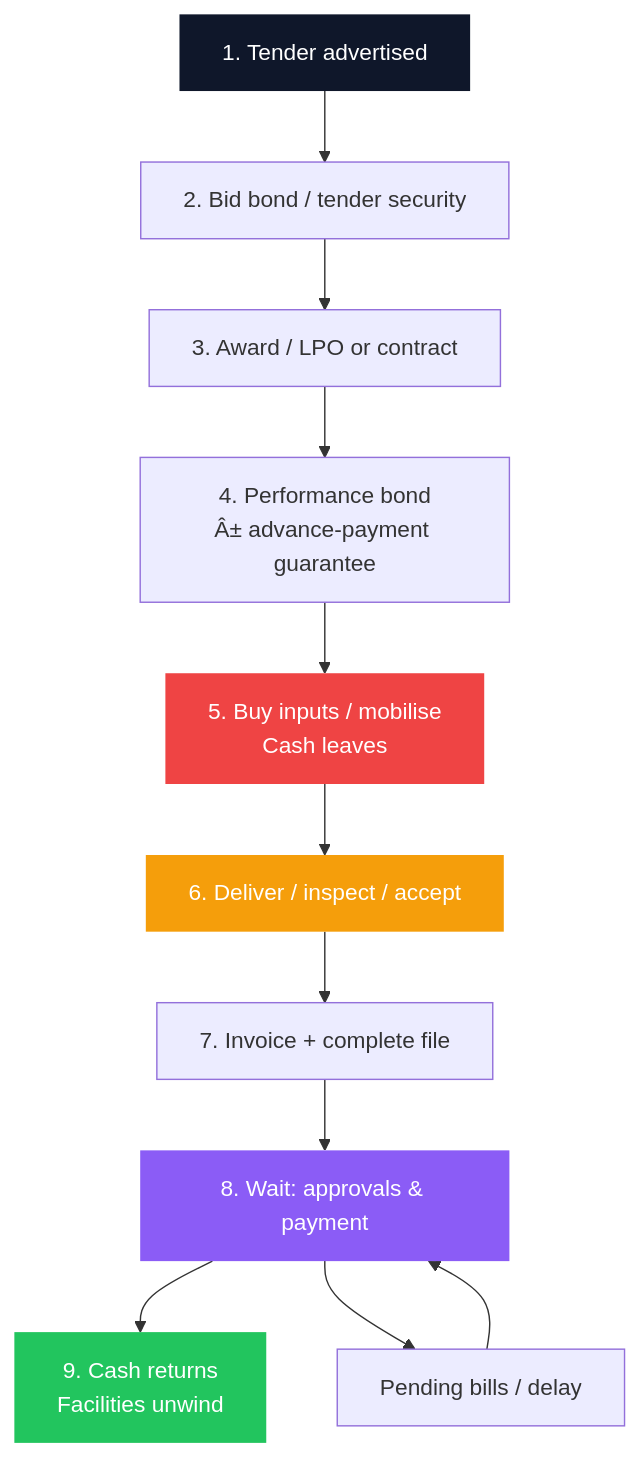
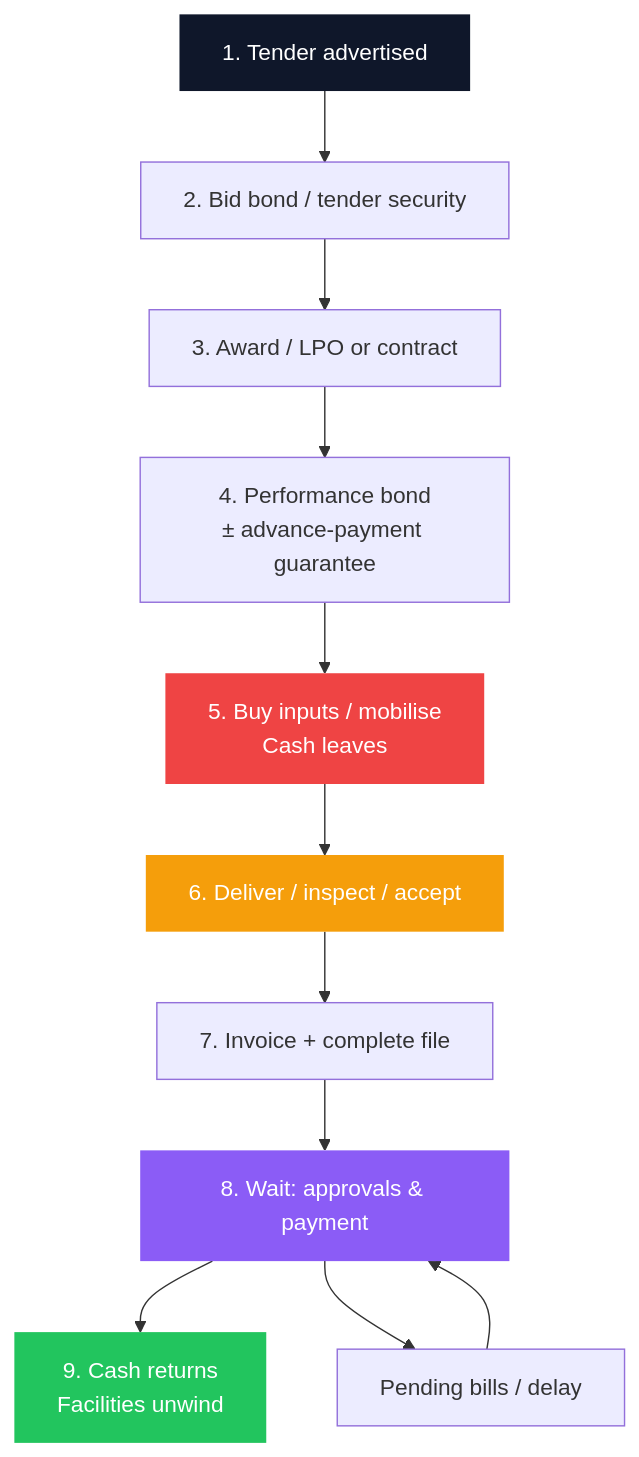
Before and after one commit to bengula/BengulaLive: the first of 2 diagrams in Bengula-Jacob/content/business-trade/agpo-tender-cash-flow-kenya.md, drawn with Mermaid. The commit also changed other lines of this file and 53 other files, not shown here.

````diff
--- a/Bengula-Jacob/content/business-trade/agpo-tender-cash-flow-kenya.md
+++ b/Bengula-Jacob/content/business-trade/agpo-tender-cash-flow-kenya.md
@@ -66,20 +66,20 @@
 ```mermaid
 flowchart TD
   A["1. Tender advertised"] --> B["2. Bid bond / tender security"]
   B --> C["3. Award / LPO or contract"]
-  C --> D["4. Performance bond<br/>Â± advance-payment guarantee"]
+  C --> D["4. Performance bond<br/>± advance-payment guarantee"]
   D --> E["5. Buy inputs / mobilise<br/>Cash leaves"]
   E --> F["6. Deliver / inspect / accept"]
   F --> G["7. Invoice + complete file"]
   G --> H["8. Wait: approvals & payment"]
   H --> I["9. Cash returns<br/>Facilities unwind"]
 
   H --> J["Pending bills / delay"]
   J --> H
 
   style A fill:#0f172a,color:#fff,stroke:none
   style E fill:#ef4444,color:#fff,stroke:none
   style F fill:#f59e0b,color:#fff,stroke:none
   style H fill:#8b5cf6,color:#fff,stroke:none
   style I fill:#22c55e,color:#fff,stroke:none
 ```
````
